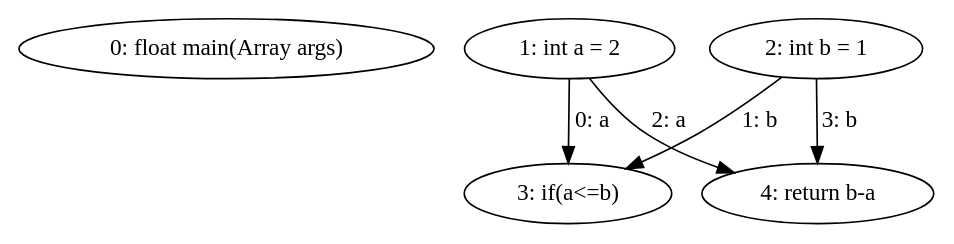
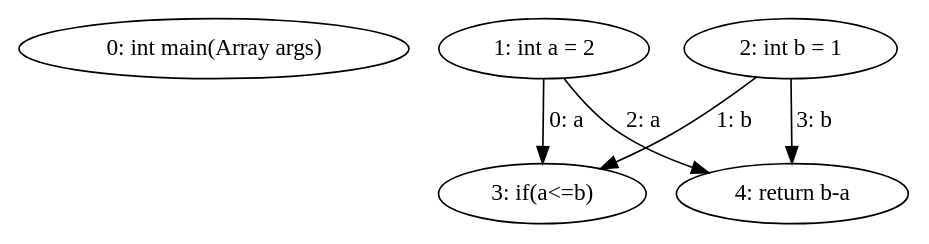
One commit to DominguesGM/comp_astanalyze changed the diagram in export/if_example_dfg.dot. Above: the diagram before and after it, drawn with Graphviz. The commit also changed 35 other files, not shown here.

```diff
--- a/export/if_example_dfg.dot
+++ b/export/if_example_dfg.dot
@@ -1,11 +1,11 @@
 digraph G {
-  1 [ label="0: float main(Array args)" ];
+  1 [ label="0: int main(Array args)" ];
   2 [ label="1: int a = 2" ];
   3 [ label="2: int b = 1" ];
   4 [ label="3: if(a<=b)" ];
   5 [ label="4: return b-a" ];
   2 -> 4 [ label="0: a" ];
   3 -> 4 [ label="1: b" ];
   2 -> 5 [ label="2: a" ];
   3 -> 5 [ label="3: b" ];
 }
```
